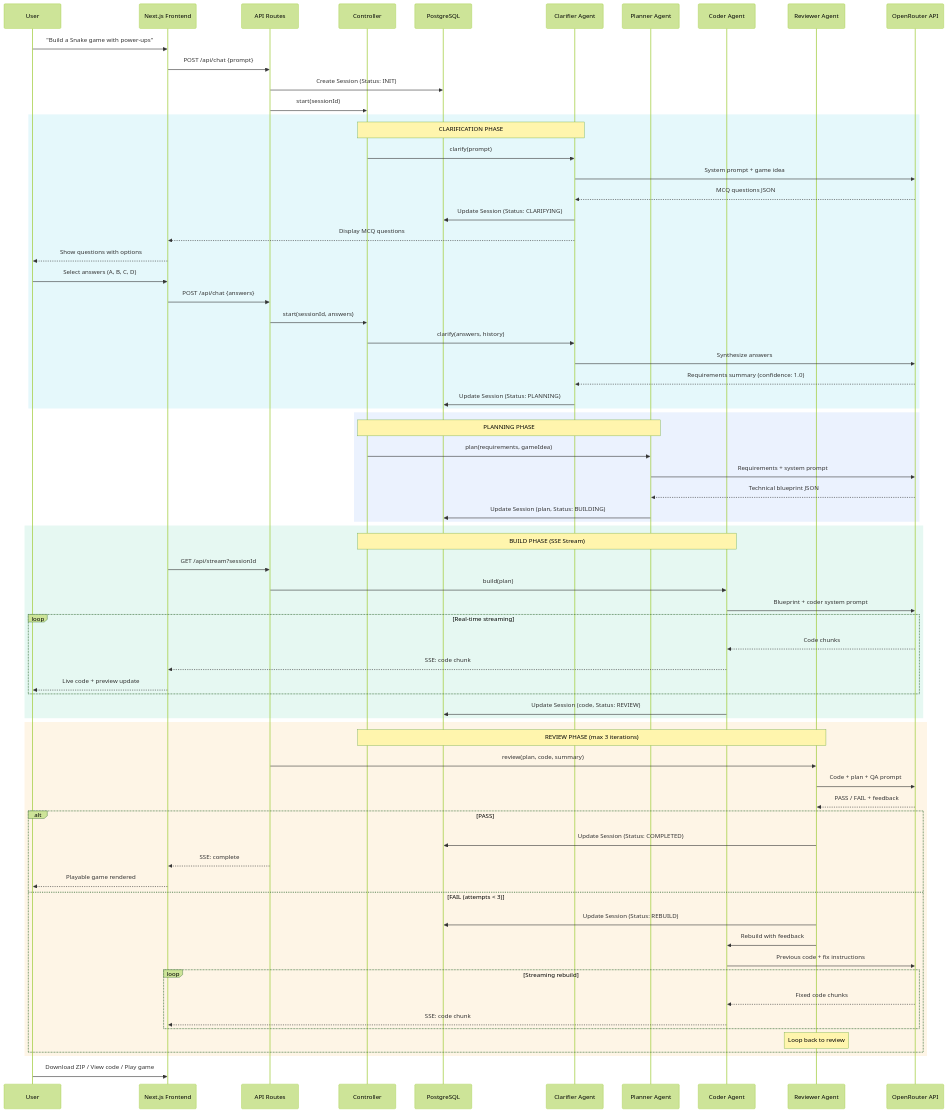
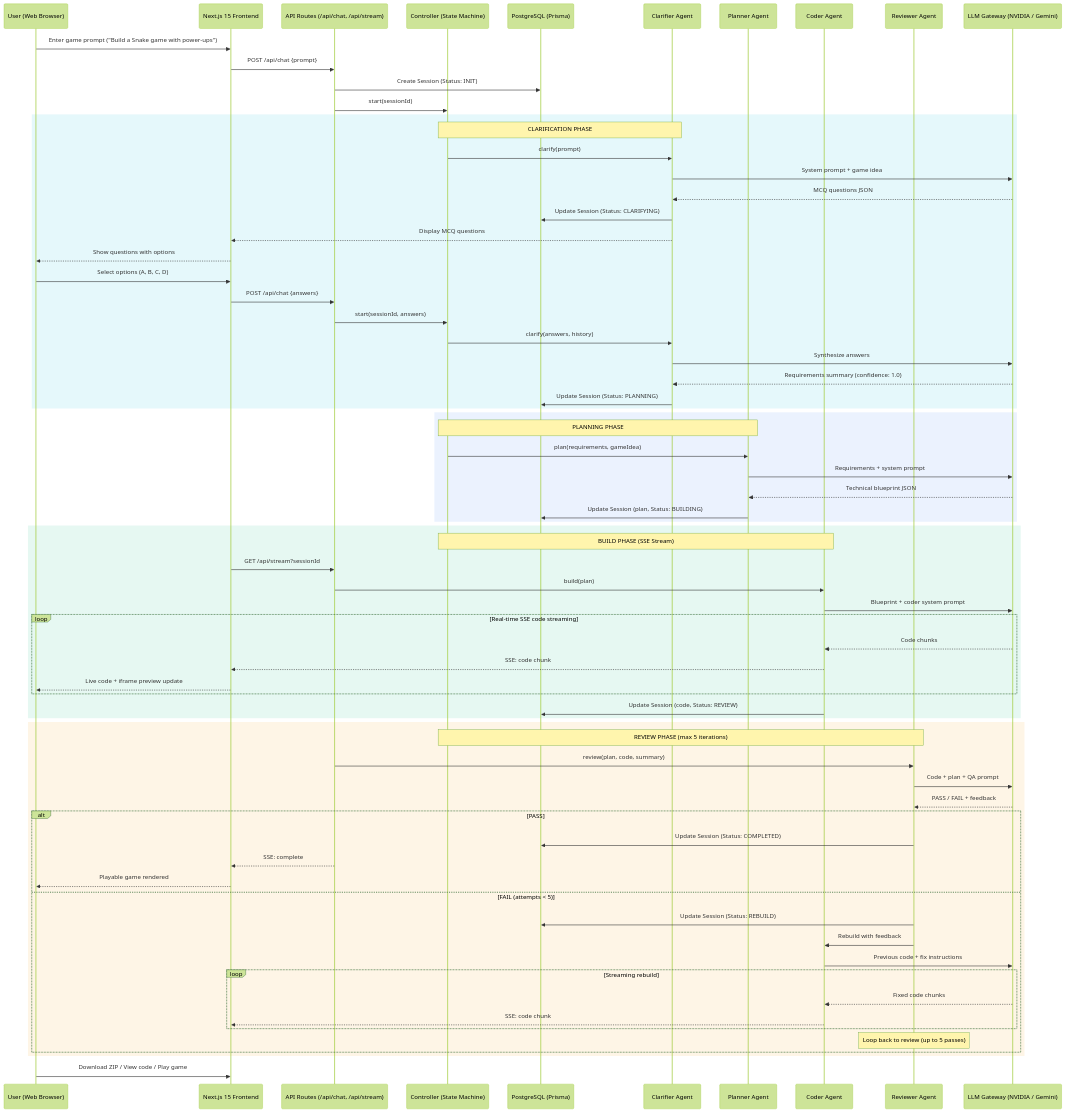
The diagram in README.md (TejaBudumuru3/CodePlay), drawn with Mermaid (forest theme) before and after one commit. The commit also changed other lines of this file and 2 other files, not shown here.

Commit message:
feat: upgrade architecture to multi-LLM gateway and document system workflows

````diff
--- a/README.md
+++ b/README.md
@@ -58,79 +59,79 @@
 ```mermaid
 sequenceDiagram
-    participant User
-    participant UI as Next.js Frontend
-    participant API as API Routes
-    participant Ctrl as Controller
-    participant DB as PostgreSQL
+    participant User as User (Web Browser)
+    participant UI as Next.js 15 Frontend
+    participant API as API Routes (/api/chat, /api/stream)
+    participant Ctrl as Controller (State Machine)
+    participant DB as PostgreSQL (Prisma)
     participant Clar as Clarifier Agent
     participant Plan as Planner Agent
     participant Code as Coder Agent
     participant Rev as Reviewer Agent
-    participant LLM as OpenRouter API
+    participant LLM as LLM Gateway (NVIDIA / Gemini)
 
-    User->>UI: "Build a Snake game with power-ups"
+    User->>UI: Enter game prompt ("Build a Snake game with power-ups")
     UI->>API: POST /api/chat {prompt}
     API->>DB: Create Session (Status: INIT)
     API->>Ctrl: start(sessionId)
 
     rect rgb(6, 182, 212, 0.1)
         Note over Ctrl,Clar: CLARIFICATION PHASE
         Ctrl->>Clar: clarify(prompt)
         Clar->>LLM: System prompt + game idea
         LLM-->>Clar: MCQ questions JSON
         Clar->>DB: Update Session (Status: CLARIFYING)
         Clar-->>UI: Display MCQ questions
         UI-->>User: Show questions with options
-        User->>UI: Select answers (A, B, C, D)
+        User->>UI: Select options (A, B, C, D)
         UI->>API: POST /api/chat {answers}
         API->>Ctrl: start(sessionId, answers)
         Ctrl->>Clar: clarify(answers, history)
         Clar->>LLM: Synthesize answers
         LLM-->>Clar: Requirements summary (confidence: 1.0)
         Clar->>DB: Update Session (Status: PLANNING)
     end
 
     rect rgb(59, 130, 246, 0.1)
         Note over Ctrl,Plan: PLANNING PHASE
         Ctrl->>Plan: plan(requirements, gameIdea)
         Plan->>LLM: Requirements + system prompt
         LLM-->>Plan: Technical blueprint JSON
         Plan->>DB: Update Session (plan, Status: BUILDING)
     end
 
     rect rgb(16, 185, 129, 0.1)
         Note over Ctrl,Code: BUILD PHASE (SSE Stream)
         UI->>API: GET /api/stream?sessionId
         API->>Code: build(plan)
         Code->>LLM: Blueprint + coder system prompt
-        loop Real-time streaming
+        loop Real-time SSE code streaming
             LLM-->>Code: Code chunks
             Code-->>UI: SSE: code chunk
-            UI-->>User: Live code + preview update
+            UI-->>User: Live code + iframe preview update
         end
         Code->>DB: Update Session (code, Status: REVIEW)
     end
 
     rect rgb(245, 158, 11, 0.1)
-        Note over Ctrl,Rev: REVIEW PHASE (max 3 iterations)
+        Note over Ctrl,Rev: REVIEW PHASE (max 5 iterations)
         API->>Rev: review(plan, code, summary)
         Rev->>LLM: Code + plan + QA prompt
         LLM-->>Rev: PASS / FAIL + feedback
         alt PASS
             Rev->>DB: Update Session (Status: COMPLETED)
             API-->>UI: SSE: complete
             UI-->>User: Playable game rendered
-        else FAIL (attempts < 3)
+        else FAIL (attempts < 5)
             Rev->>DB: Update Session (Status: REBUILD)
             Rev->>Code: Rebuild with feedback
             Code->>LLM: Previous code + fix instructions
             loop Streaming rebuild
                 LLM-->>Code: Fixed code chunks
                 Code-->>UI: SSE: code chunk
             end
-            Note over Rev: Loop back to review
+            Note over Rev: Loop back to review (up to 5 passes)
         end
     end
 
     User->>UI: Download ZIP / View code / Play game
 ```
````
